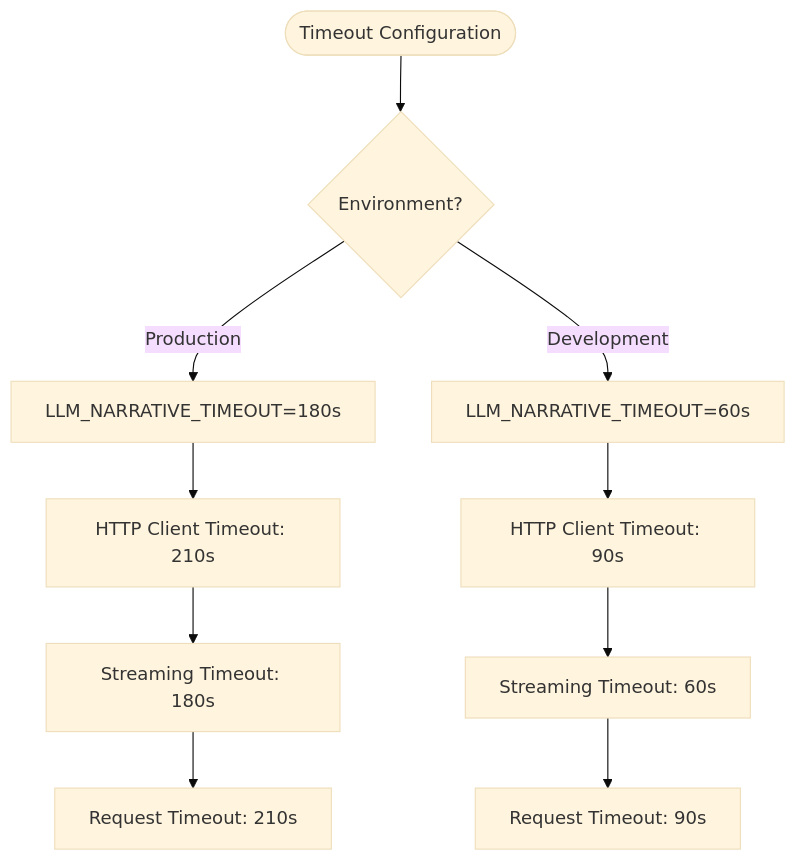
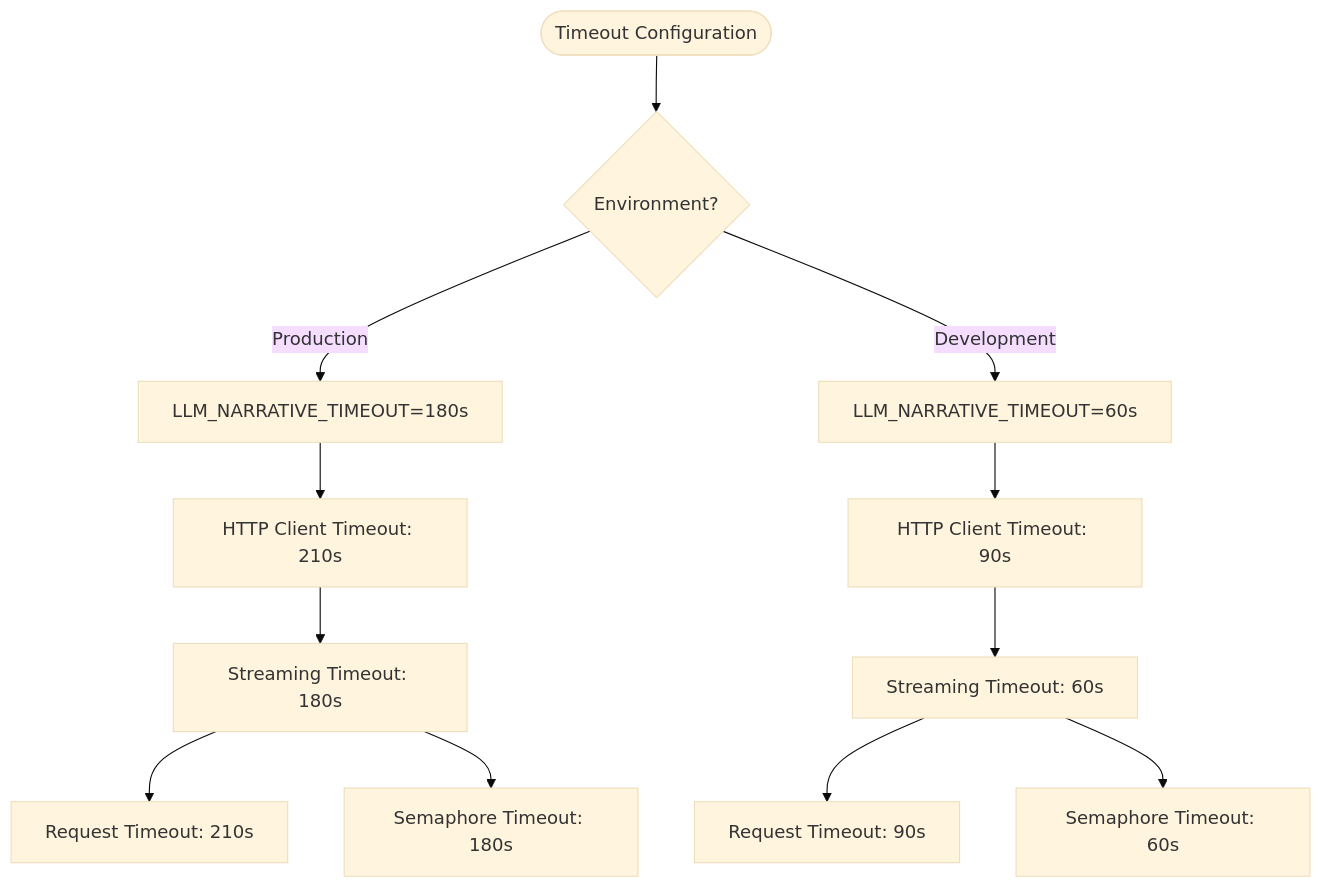
The fourth of 14 diagrams in .qoder/repowiki/en/content/Analysis Engine/LLM Service Integration.md (Revanththetalogics/aireume), drawn with Mermaid (base theme) before and after one commit. The commit also changed other lines of this file and 6 other files, not shown here.

````diff
--- a/.qoder/repowiki/en/content/Analysis Engine/LLM Service Integration.md
+++ b/.qoder/repowiki/en/content/Analysis Engine/LLM Service Integration.md
@@ -180,12 +232,14 @@
 ```mermaid
 flowchart TD
 Start(["Timeout Configuration"]) --> EnvCheck{"Environment?"}
 EnvCheck --> |Production| ProdTimeout["LLM_NARRATIVE_TIMEOUT=180s"]
 EnvCheck --> |Development| DevTimeout["LLM_NARRATIVE_TIMEOUT=60s"]
 ProdTimeout --> HTTPTimeout["HTTP Client Timeout: 210s"]
 DevTimeout --> HTTPTimeout2["HTTP Client Timeout: 90s"]
 HTTPTimeout --> StreamTimeout["Streaming Timeout: 180s"]
 HTTPTimeout2 --> StreamTimeout2["Streaming Timeout: 60s"]
 StreamTimeout --> RequestTimeout["Request Timeout: 210s"]
 StreamTimeout2 --> RequestTimeout2["Request Timeout: 90s"]
+StreamTimeout --> SemaphoreTimeout["Semaphore Timeout: 180s"]
+StreamTimeout2 --> SemaphoreTimeout2["Semaphore Timeout: 60s"]
 ```
````
